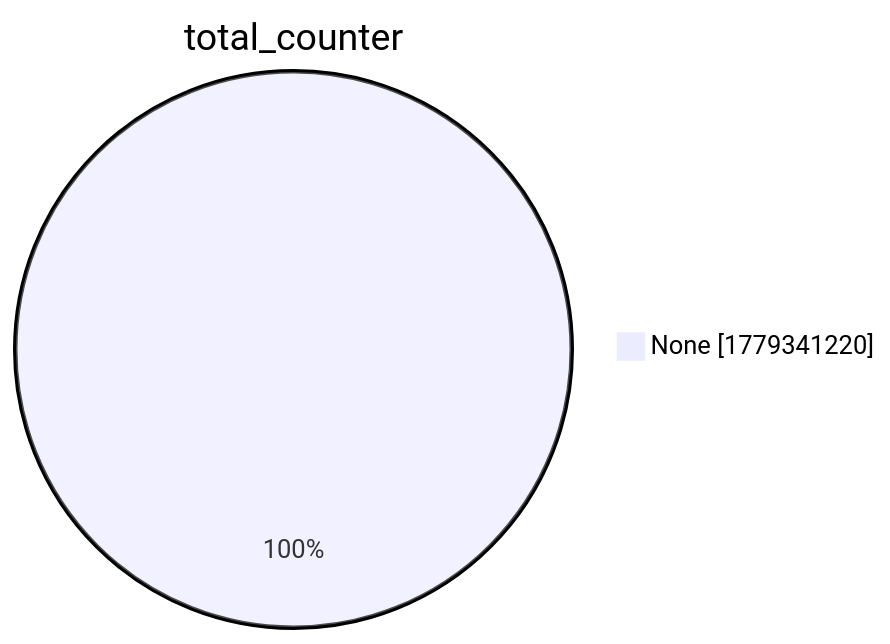
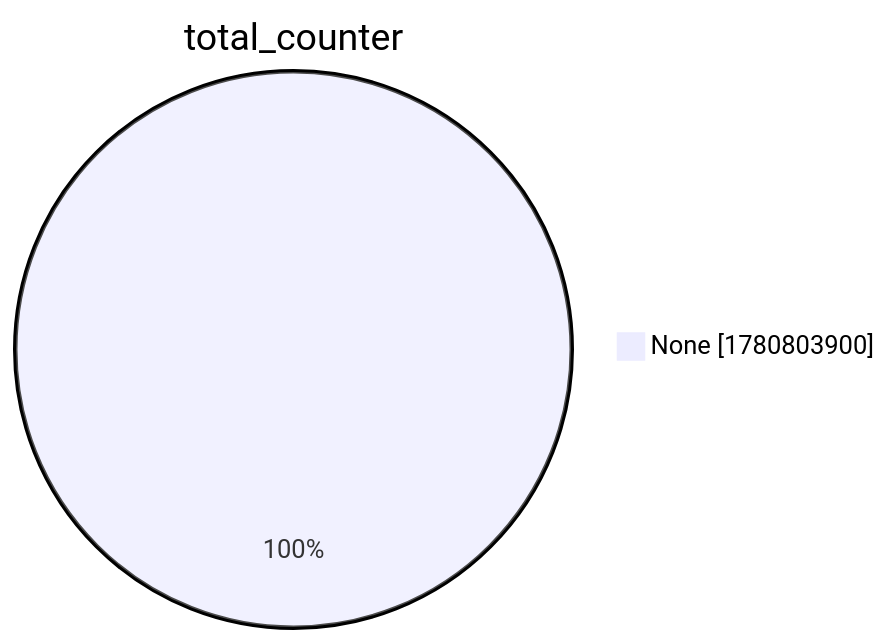
Before and after one commit to christiankrug/ctmonitor_visualization: the second of 15 diagrams in xenon2022/README.md, drawn with Mermaid. The commit also changed other lines of this file, not shown here.

````diff
--- a/xenon2022/README.md
+++ b/xenon2022/README.md
@@ -9,5 +9,5 @@
 ```mermaid
 pie showData
 title total_counter
-"None" :1779341220
+"None" :1780803900
 ```
````
